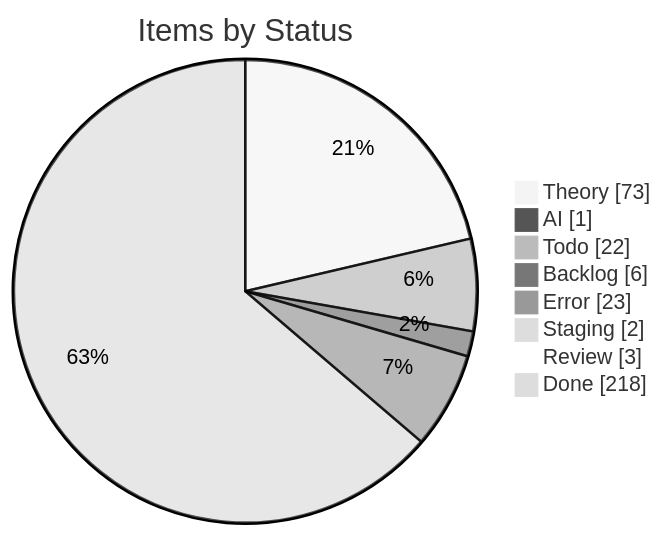
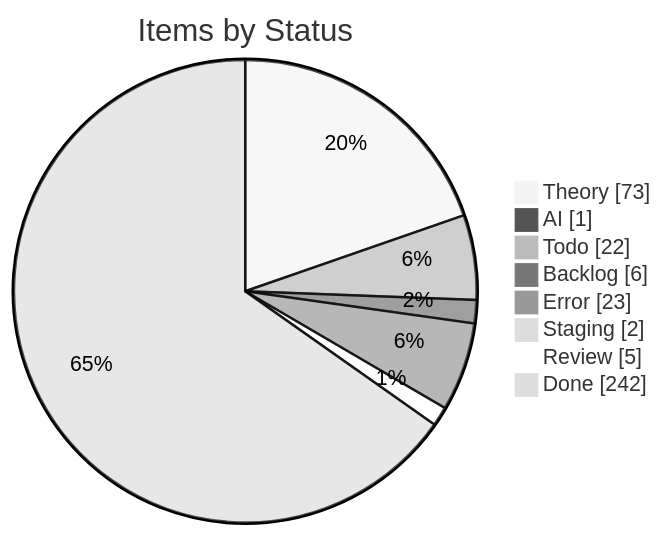
Before and after one commit to KBVE/kbve: the first of 4 diagrams in apps/kbve/astro-kbve/src/content/docs/dashboard/kanban-data.mdx, drawn with Mermaid (neutral theme). The commit also changed other lines of this file and 2 other files, not shown here.

````diff
--- a/apps/kbve/astro-kbve/src/content/docs/dashboard/kanban-data.mdx
+++ b/apps/kbve/astro-kbve/src/content/docs/dashboard/kanban-data.mdx
@@ -189,12 +189,12 @@
 ```mermaid
 pie showData
     title Items by Status
     "Theory" : 73
     "AI" : 1
     "Todo" : 22
     "Backlog" : 6
     "Error" : 23
     "Staging" : 2
-    "Review" : 3
-    "Done" : 218
+    "Review" : 5
+    "Done" : 242
 ```
````
